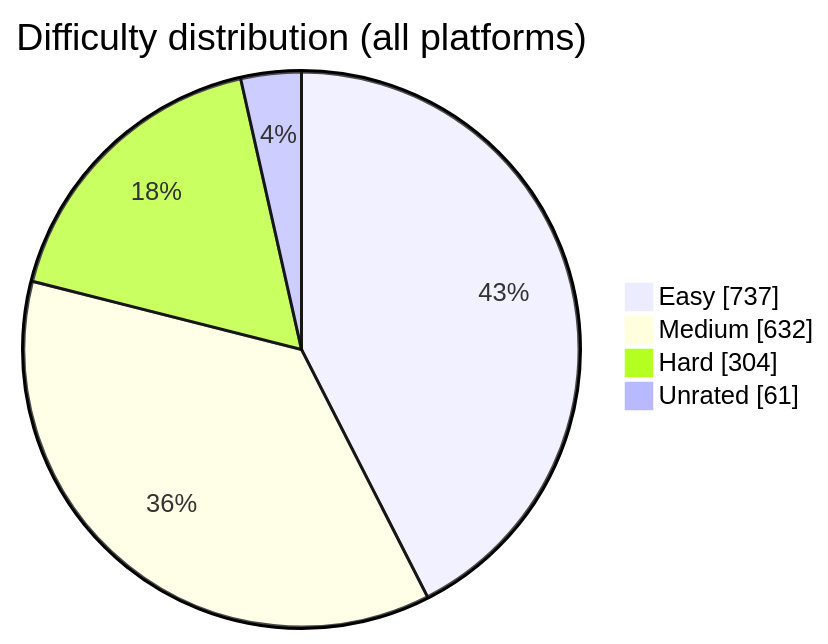
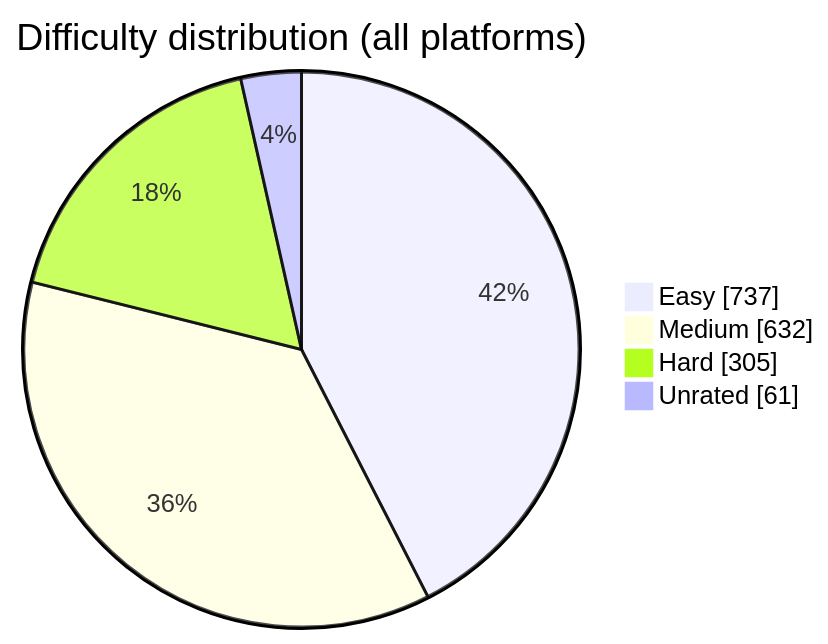
Before and after one commit to BuildbyArindam/Daily-Coding-Log: the diagram in README.md, drawn with Mermaid. The commit also changed other lines of this file, not shown here.

````diff
--- a/README.md
+++ b/README.md
@@ -93,7 +93,7 @@
 ```mermaid
 pie showData title Difficulty distribution (all platforms)
     "Easy" : 737
     "Medium" : 632
-    "Hard" : 304
+    "Hard" : 305
     "Unrated" : 61
 ```
````
